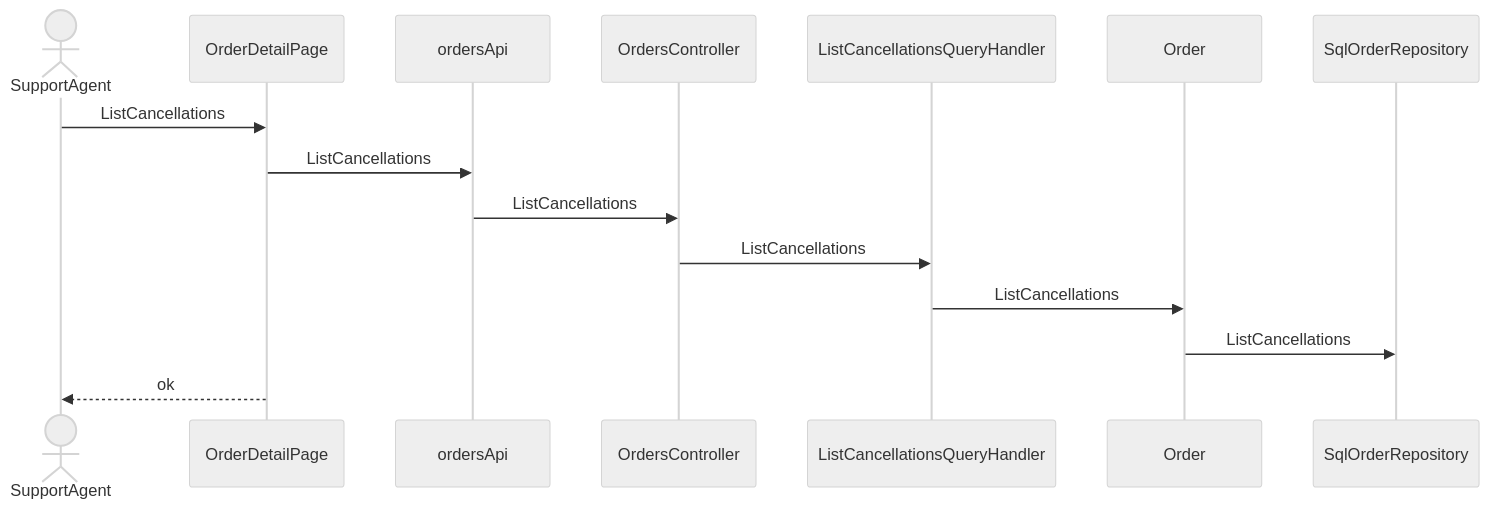
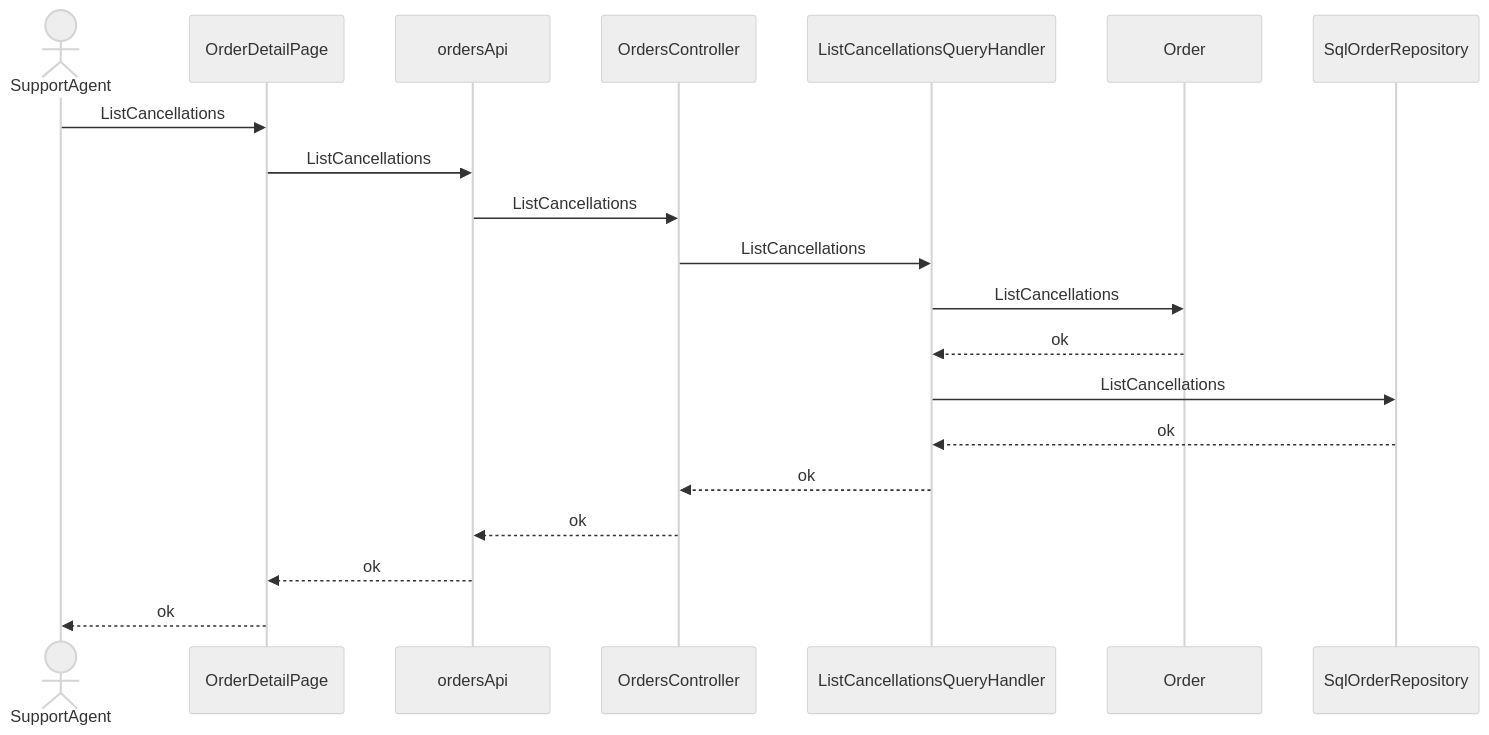
One commit to pin0513/AITools changed the sixth of 6 diagrams in skills/spec-dev-process/examples/matrix/fs-back-mixed-s1/specs/rd/order-cancel/spec/30-architecture-c4.md. Above: the diagram before and after it, drawn with Mermaid (neutral theme). The commit also changed other lines of this file and 257 other files, not shown here.

````diff
--- a/skills/spec-dev-process/examples/matrix/fs-back-mixed-s1/specs/rd/order-cancel/spec/30-architecture-c4.md
+++ b/skills/spec-dev-process/examples/matrix/fs-back-mixed-s1/specs/rd/order-cancel/spec/30-architecture-c4.md
@@ -141,17 +152,22 @@
 ```mermaid
 sequenceDiagram
   actor U as SupportAgent
   participant CMP001 as OrderDetailPage
   participant CMP002 as ordersApi
   participant CMP003 as OrdersController
   participant CMP006 as ListCancellationsQueryHandler
   participant CMP007 as Order
   participant CMP008 as SqlOrderRepository
   U->>CMP001: ListCancellations
   CMP001->>CMP002: ListCancellations
   CMP002->>CMP003: ListCancellations
   CMP003->>CMP006: ListCancellations
   CMP006->>CMP007: ListCancellations
-  CMP007->>CMP008: ListCancellations
+  CMP007-->>CMP006: ok
+  CMP006->>CMP008: ListCancellations
+  CMP008-->>CMP006: ok
+  CMP006-->>CMP003: ok
+  CMP003-->>CMP002: ok
+  CMP002-->>CMP001: ok
   CMP001-->>U: ok
 ```
````
